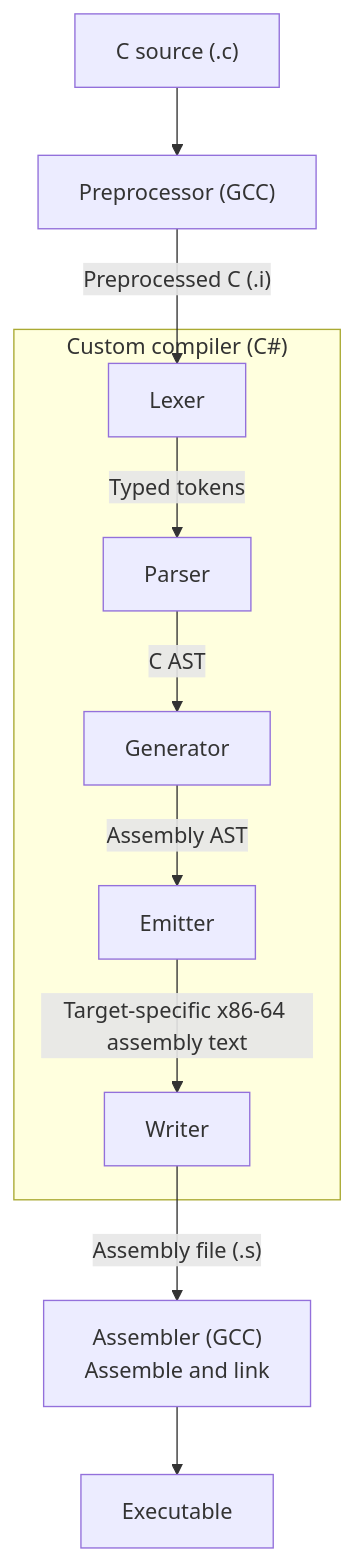
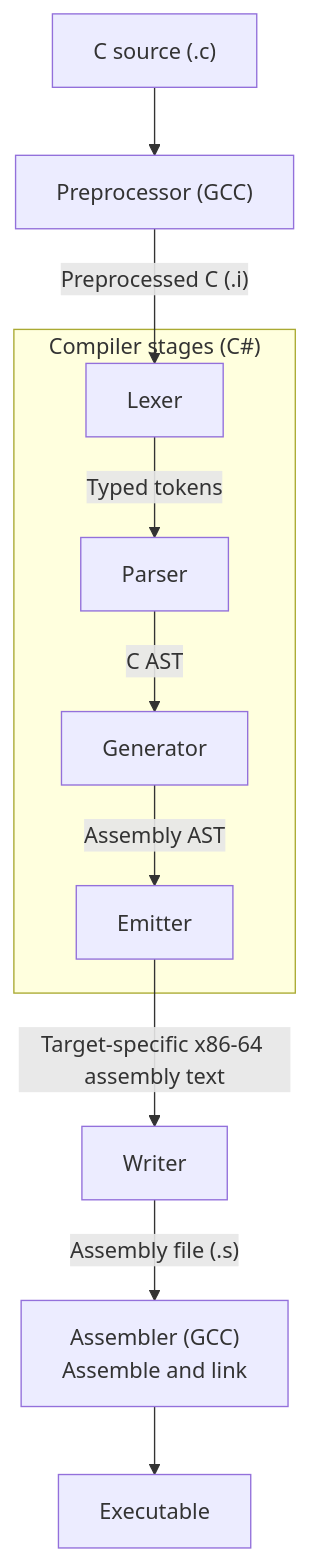
One commit to zachdillard/Compiler changed the diagram in docs/architecture.md. Above: the diagram before and after it, drawn with Mermaid. The commit also changed other lines of this file and 1 other file, not shown here.

Commit message:
Update architecture and development docs

````diff
--- a/docs/architecture.md
+++ b/docs/architecture.md
@@ -24,15 +19,15 @@
 ```mermaid
 flowchart TD
     source["C source (.c)"] --> preprocessor["Preprocessor (GCC)"]
     preprocessor -->|"Preprocessed C (.i)"| lexer
 
-    subgraph custom["Custom compiler (C#)"]
+    subgraph custom["Compiler stages (C#)"]
         lexer["Lexer"] -->|"Typed tokens"| parser["Parser"]
         parser -->|"C AST"| generator["Generator"]
         generator -->|"Assembly AST"| emitter["Emitter"]
-        emitter -->|"Target-specific x86-64 assembly text"| writer["Writer"]
     end
 
+    emitter -->|"Target-specific x86-64 assembly text"| writer["Writer"]
     writer -->|"Assembly file (.s)"| assembler["Assembler (GCC)<br/>Assemble and link"]
     assembler --> executable["Executable"]
 ```
````
